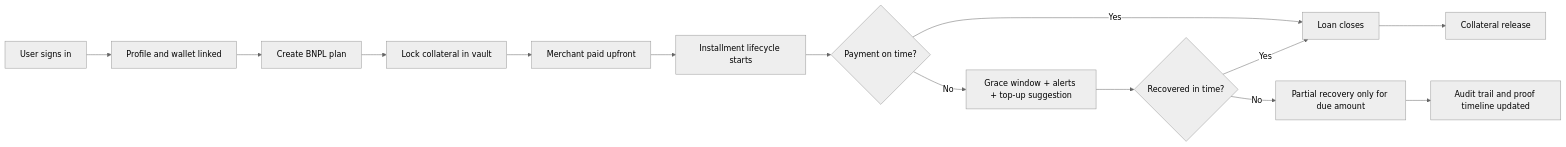
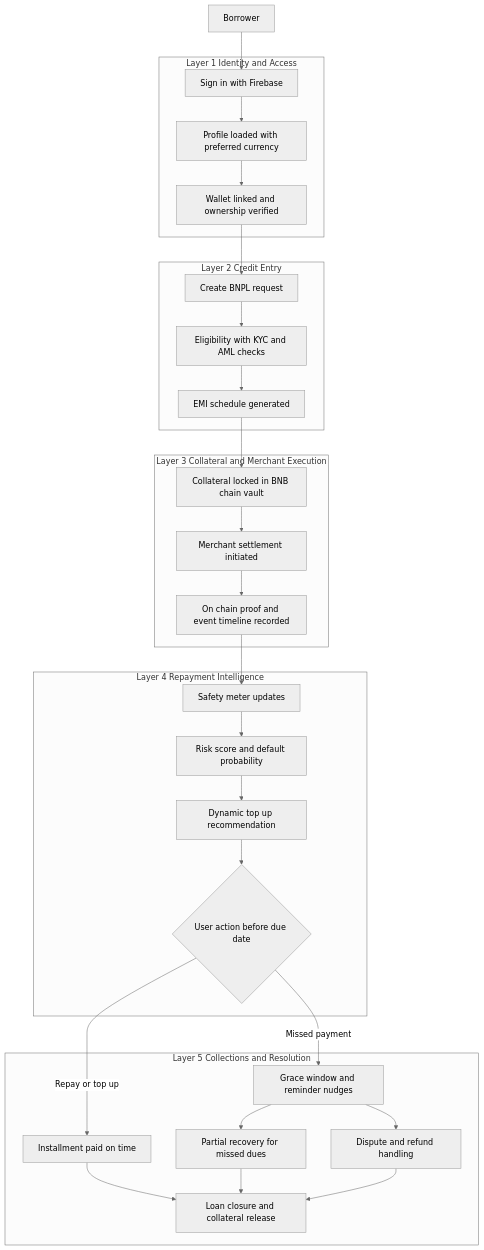
The first of 2 diagrams in README.md (RAJARISHIB/Ping-Masters), drawn with Mermaid (neutral theme) before and after one commit. The commit also changed other lines of this file, not shown here.

````diff
--- a/README.md
+++ b/README.md
@@ -70,16 +76,53 @@
 ```mermaid
-flowchart LR
-    A[User signs in] --> B[Profile and wallet linked]
-    B --> C[Create BNPL plan]
-    C --> D[Lock collateral in vault]
-    D --> E[Merchant paid upfront]
-    E --> F[Installment lifecycle starts]
-    F --> G{Payment on time?}
-    G -- Yes --> H[Loan closes]
-    H --> I[Collateral release]
-    G -- No --> J[Grace window + alerts + top-up suggestion]
-    J --> K{Recovered in time?}
-    K -- Yes --> H
-    K -- No --> L[Partial recovery only for due amount]
-    L --> M[Audit trail and proof timeline updated]
+flowchart TB
+    U[Borrower]
+
+    subgraph L1[Layer 1 Identity and Access]
+        A1[Sign in with Firebase]
+        A2[Profile loaded with preferred currency]
+        A3[Wallet linked and ownership verified]
+        A1 --> A2 --> A3
+    end
+
+    subgraph L2[Layer 2 Credit Entry]
+        B1[Create BNPL request]
+        B2[Eligibility with KYC and AML checks]
+        B3[EMI schedule generated]
+        B1 --> B2 --> B3
+    end
+
+    subgraph L3[Layer 3 Collateral and Merchant Execution]
+        C1[Collateral locked in BNB chain vault]
+        C2[Merchant settlement initiated]
+        C3[On chain proof and event timeline recorded]
+        C1 --> C2 --> C3
+    end
+
+    subgraph L4[Layer 4 Repayment Intelligence]
+        D1[Safety meter updates]
+        D2[Risk score and default probability]
+        D3[Dynamic top up recommendation]
+        D4{User action before due date}
+        D1 --> D2 --> D3 --> D4
+    end
+
+    subgraph L5[Layer 5 Collections and Resolution]
+        E1[Installment paid on time]
+        E2[Grace window and reminder nudges]
+        E3[Partial recovery for missed dues]
+        E4[Dispute and refund handling]
+        E5[Loan closure and collateral release]
+    end
+
+    U --> A1
+    A3 --> B1
+    B3 --> C1
+    C3 --> D1
+    D4 -- Repay or top up --> E1
+    D4 -- Missed payment --> E2
+    E2 --> E4
+    E2 --> E3
+    E1 --> E5
+    E3 --> E5
+    E4 --> E5
 ```
````
